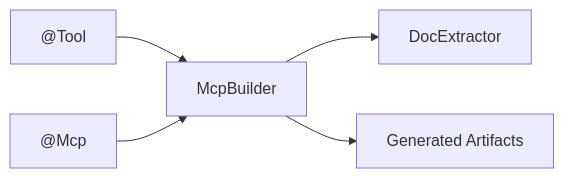
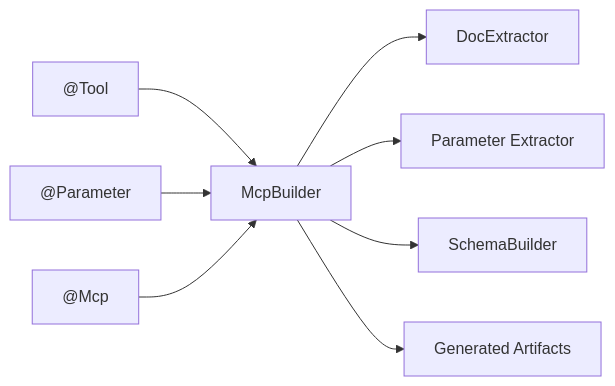
One commit to cdavis-code/easy_mcp_workspace changed the seventh of 7 diagrams in .qoder/repowiki/en/content/Annotations Reference/@Tool Annotation.md. Above: the diagram before and after it, drawn with Mermaid. The commit also changed other lines of this file and 13 other files, not shown here.

````diff
--- a/.qoder/repowiki/en/content/Annotations Reference/@Tool Annotation.md
+++ b/.qoder/repowiki/en/content/Annotations Reference/@Tool Annotation.md
@@ -244,7 +383,10 @@
 ```mermaid
 graph LR
 Tool["@Tool"] --> Builder["McpBuilder"]
+Parameter["@Parameter"] --> Builder
 Mcp["@Mcp"] --> Builder
 Builder --> DocExt["DocExtractor"]
+Builder --> ParamExtractor["Parameter Extractor"]
+Builder --> SchemaBuilder["SchemaBuilder"]
 Builder --> Artifacts["Generated Artifacts"]
 ```
````
